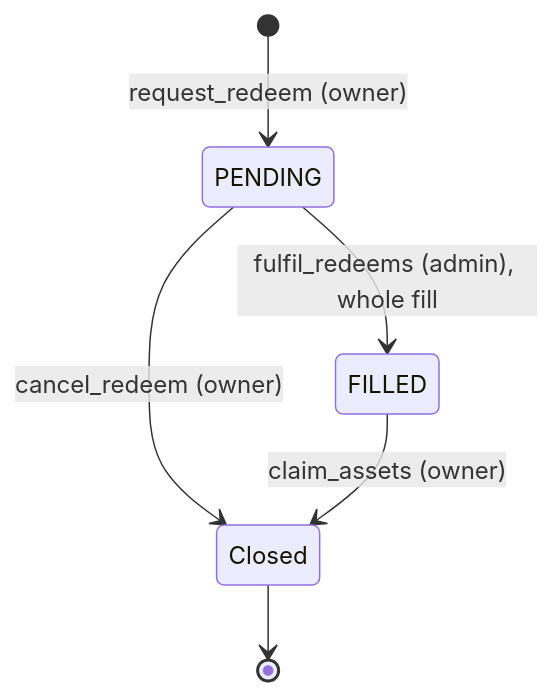
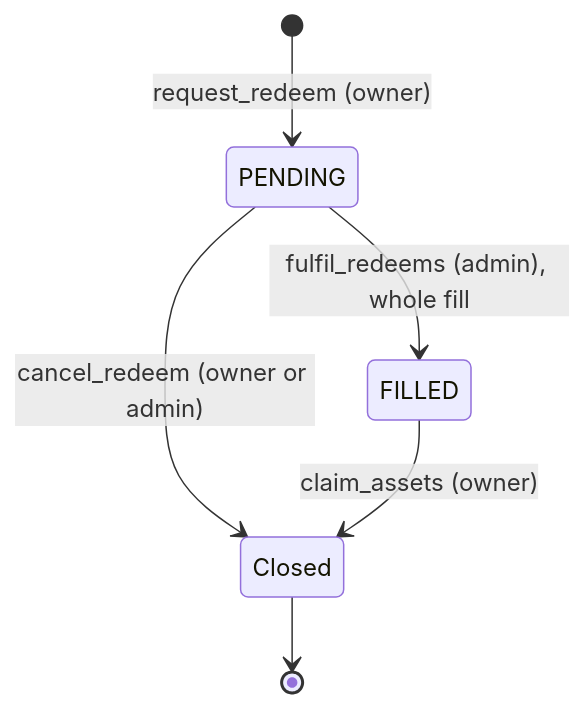
Before and after one commit to mutav-finance/mutav-protocol-solana: the fourth of 5 diagrams in docs/architecture/state-machines.md, drawn with Mermaid. The commit also changed other lines of this file and 12 other files, not shown here.

First line of the commit message:
docs: align architecture and security pages with main

````diff
--- a/docs/architecture/state-machines.md
+++ b/docs/architecture/state-machines.md
@@ -97,8 +97,8 @@
 ```mermaid
 stateDiagram-v2
   [*] --> PENDING: request_redeem (owner)
   PENDING --> FILLED: fulfil_redeems (admin), whole fill
-  PENDING --> Closed: cancel_redeem (owner)
+  PENDING --> Closed: cancel_redeem (owner or admin)
   FILLED --> Closed: claim_assets (owner)
   Closed --> [*]
 ```
````
